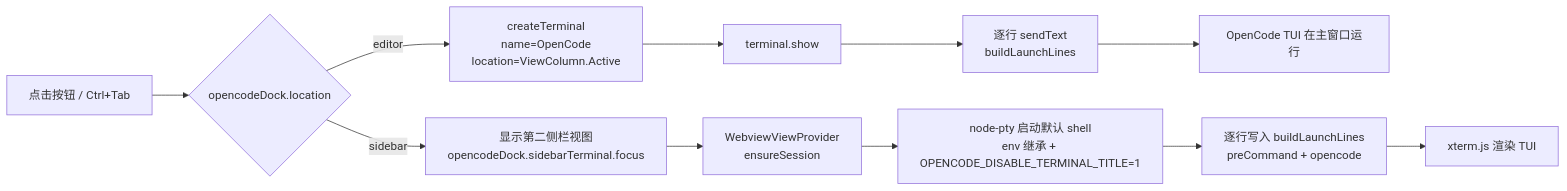
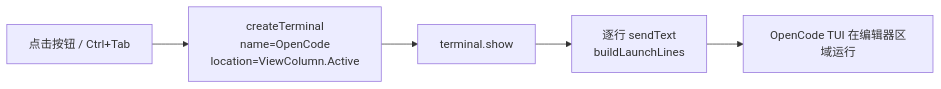
One commit to NGC13009/OpenCode-Dock changed the diagram in README.md. Above: the diagram before and after it, drawn with Mermaid. The commit also changed other lines of this file and 20 other files, not shown here.

````diff
--- a/README.md
+++ b/README.md
@@ -75,13 +69,7 @@
 ```mermaid
 flowchart LR
-  A[点击按钮 / Ctrl+Tab] --> B{opencodeDock.location}
-  B -->|editor| C[createTerminal<br/>name=OpenCode<br/>location=ViewColumn.Active]
+  A[点击按钮 / Ctrl+Tab] --> C[createTerminal<br/>name=OpenCode<br/>location=ViewColumn.Active]
   C --> D[terminal.show]
   D --> E[逐行 sendText<br/>buildLaunchLines]
-  E --> F[OpenCode TUI 在主窗口运行]
-  B -->|sidebar| G[显示第二侧栏视图<br/>opencodeDock.sidebarTerminal.focus]
-  G --> H[WebviewViewProvider<br/>ensureSession]
-  H --> I[node-pty 启动默认 shell<br/>env 继承 + OPENCODE_DISABLE_TERMINAL_TITLE=1]
-  I --> J[逐行写入 buildLaunchLines<br/>preCommand + opencode]
-  J --> K[xterm.js 渲染 TUI]
+  E --> F[OpenCode TUI 在编辑器区域运行]
 ```
````
